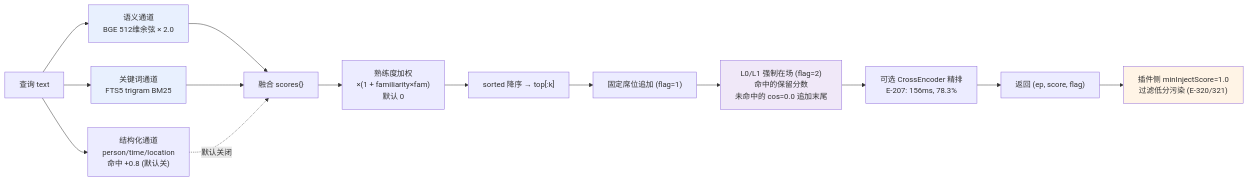
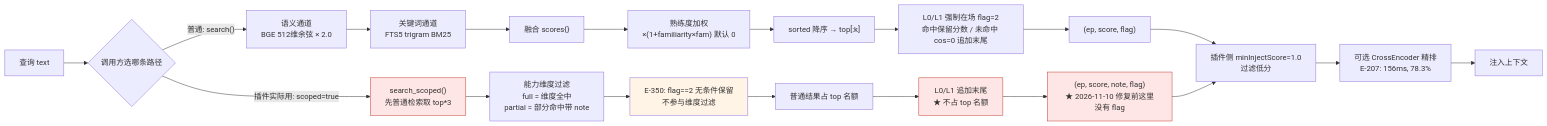
One commit to Roxy-DD/fatfish-heart changed the fifth of 5 diagrams in docs/architecture-and-model.md. Above: the diagram before and after it, drawn with Mermaid. The commit also changed other lines of this file and 15 other files, not shown here.

````diff
--- a/docs/architecture-and-model.md
+++ b/docs/architecture-and-model.md
@@ -275,21 +296,30 @@
 ```mermaid
 flowchart LR
-    Q["查询 text"] --> V["语义通道<br/>BGE 512维余弦 × 2.0"]
-    Q --> F["关键词通道<br/>FTS5 trigram BM25"]
-    Q --> ST["结构化通道<br/>person/time/location<br/>命中 +0.8 (默认关)"]
-    V --> FUSE["融合 scores{}"]
-    F --> FUSE
-    ST -.->|默认关闭| FUSE
-    FUSE --> FAM["熟练度加权<br/>×(1 + familiarity×fam)<br/>默认 0"]
+    Q["查询 text"] --> G{"调用方选哪条路径"}
+
+    G -->|"普通: search()"| V["语义通道<br/>BGE 512维余弦 × 2.0"]
+    G -->|"插件实际用: scoped=true"| SC["search_scoped()<br/>先普通检索取 top*3"]
+
+    V --> F["关键词通道<br/>FTS5 trigram BM25"]
+    F --> FUSE["融合 scores{}"]
+    FUSE --> FAM["熟练度加权<br/>×(1+familiarity×fam) 默认 0"]
     FAM --> SORT["sorted 降序 → top[:k]"]
-    SORT --> FIX["固定席位追加 (flag=1)"]
-    FIX --> FORCE["L0/L1 强制在场 (flag=2)<br/>命中的保留分数<br/>未命中的 cos=0.0 追加末尾"]
-    FORCE --> RERANK["可选 CrossEncoder 精排<br/>E-207: 156ms, 78.3%"]
-    RERANK --> OUT["返回 (ep, score, flag)"]
-    OUT --> FILT["插件侧 minInjectScore=1.0<br/>过滤低分污染 (E-320/321)"]
+    SORT --> FORCE1["L0/L1 强制在场 flag=2<br/>命中保留分数 / 未命中 cos=0 追加末尾"]
+    FORCE1 --> OUT1["(ep, score, flag)"]
 
-    style V fill:#e8f0fe
-    style F fill:#e8f0fe
-    style FORCE fill:#f0e8f8
-    style FILT fill:#fff4e6
+    SC --> DIM["能力维度过滤<br/>full = 维度全中<br/>partial = 部分命中带 note"]
+    DIM --> KEEP["E-350: flag==2 无条件保留<br/>不参与维度过滤"]
+    KEEP --> SORT2["普通结果占 top 名额"]
+    SORT2 --> FORCE2["L0/L1 追加末尾<br/>★ 不占 top 名额"]
+    FORCE2 --> OUT2["(ep, score, note, flag)<br/>★ 2026-11-10 修复前这里没有 flag"]
+
+    OUT1 --> FILT["插件侧 minInjectScore=1.0<br/>过滤低分"]
+    OUT2 --> FILT
+    FILT --> RERANK["可选 CrossEncoder 精排<br/>E-207: 156ms, 78.3%"]
+    RERANK --> DONE["注入上下文"]
+
+    style SC fill:#ffe6e6,stroke:#c0392b
+    style OUT2 fill:#ffe6e6,stroke:#c0392b
+    style FORCE2 fill:#ffe6e6,stroke:#c0392b
+    style KEEP fill:#fff4e6
 ```
````
